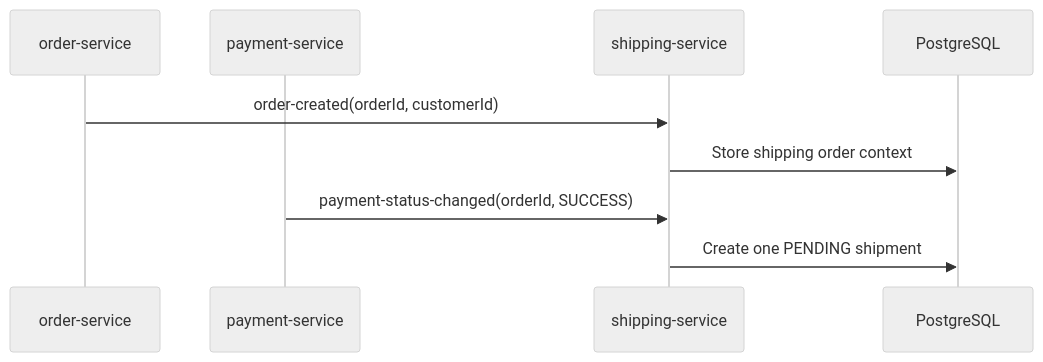
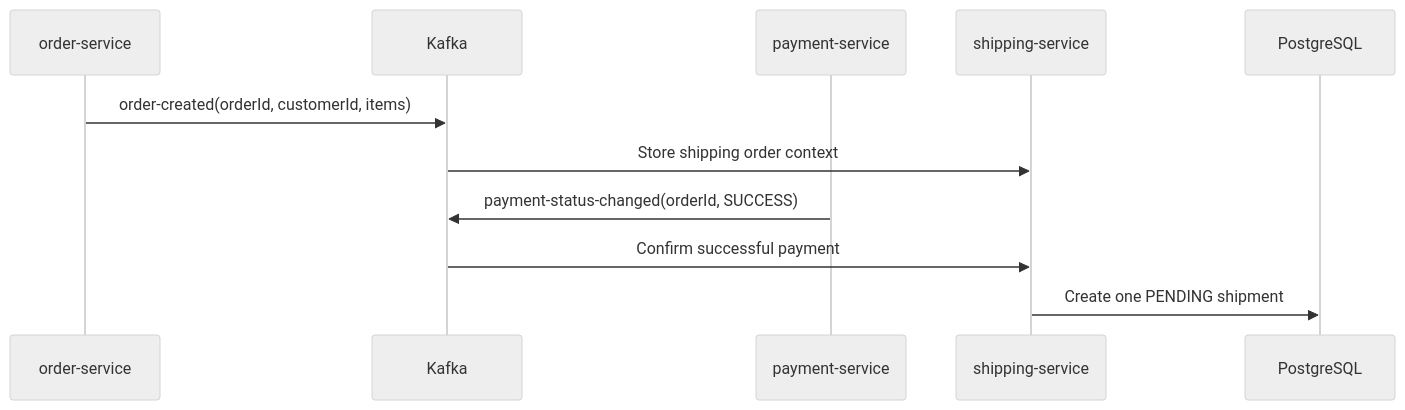
One commit to tadiwanashe-mashongwa/shipping-service changed the second of 3 diagrams in README.md. Above: the diagram before and after it, drawn with Mermaid (neutral theme). The commit also changed other lines of this file and 1 other file, not shown here.

Commit message:
docs: align shipping repository documentation

````diff
--- a/README.md
+++ b/README.md
@@ -20,11 +34,14 @@
 ```mermaid
 sequenceDiagram
- participant O as order-service
- participant P as payment-service
- participant S as shipping-service
- participant DB as PostgreSQL
- O->>S: order-created(orderId, customerId)
- S->>DB: Store shipping order context
- P->>S: payment-status-changed(orderId, SUCCESS)
- S->>DB: Create one PENDING shipment
+    participant O as order-service
+    participant K as Kafka
+    participant P as payment-service
+    participant S as shipping-service
+    participant DB as PostgreSQL
+
+    O->>K: order-created(orderId, customerId, items)
+    K->>S: Store shipping order context
+    P->>K: payment-status-changed(orderId, SUCCESS)
+    K->>S: Confirm successful payment
+    S->>DB: Create one PENDING shipment
 ```
````
